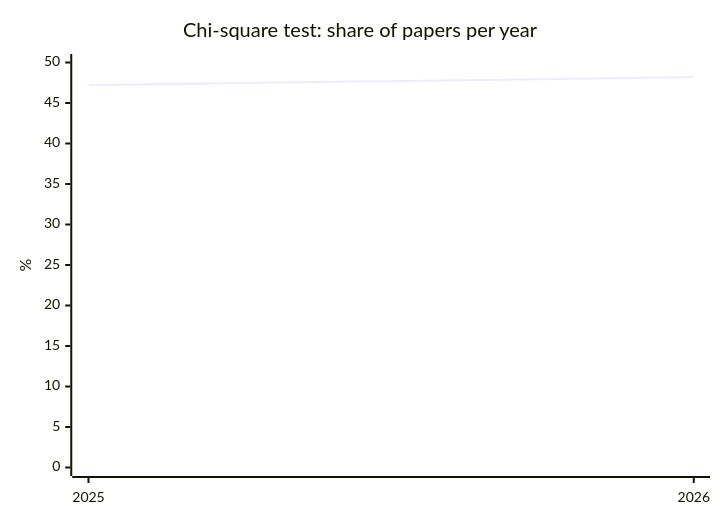
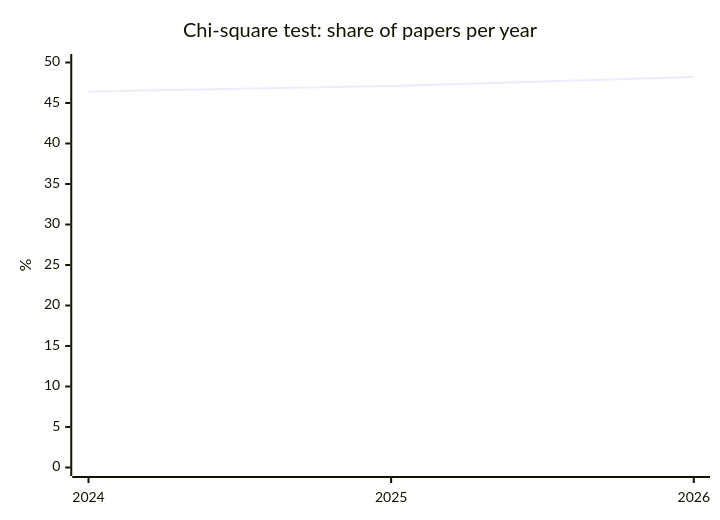
Before and after one commit to nfdi4health/datashield-function-ideas: the first of 5 diagrams in literature-watch/reports/overview.md, drawn with Mermaid. The commit also changed other lines of this file and 1 other file, not shown here.

````diff
--- a/literature-watch/reports/overview.md
+++ b/literature-watch/reports/overview.md
@@ -52,7 +52,7 @@
 ```mermaid
 xychart-beta
   title "Chi-square test: share of papers per year"
-  x-axis [2025, 2026]
+  x-axis [2024, 2025, 2026]
   y-axis "%" 0 --> 50
-  line [47.2, 48.2]
+  line [46.4, 47.1, 48.2]
 ```
````
